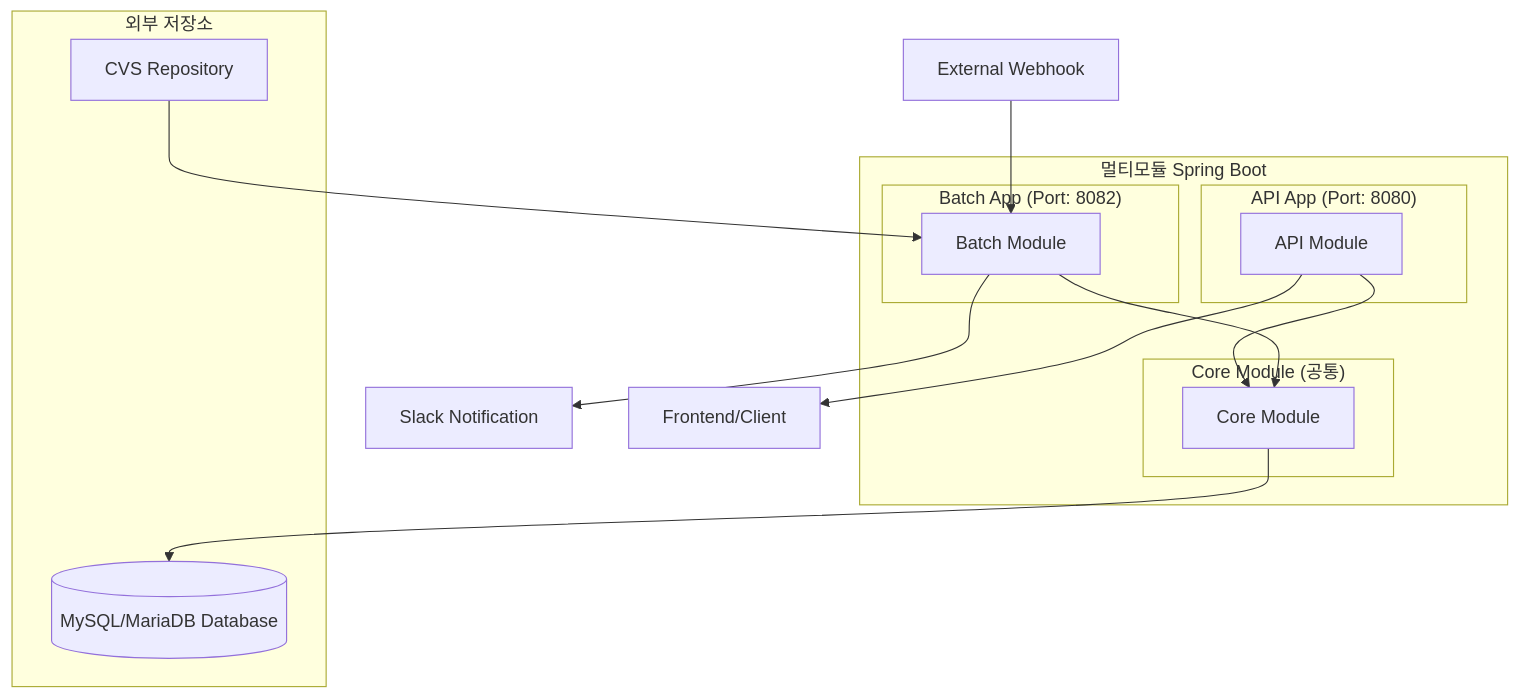
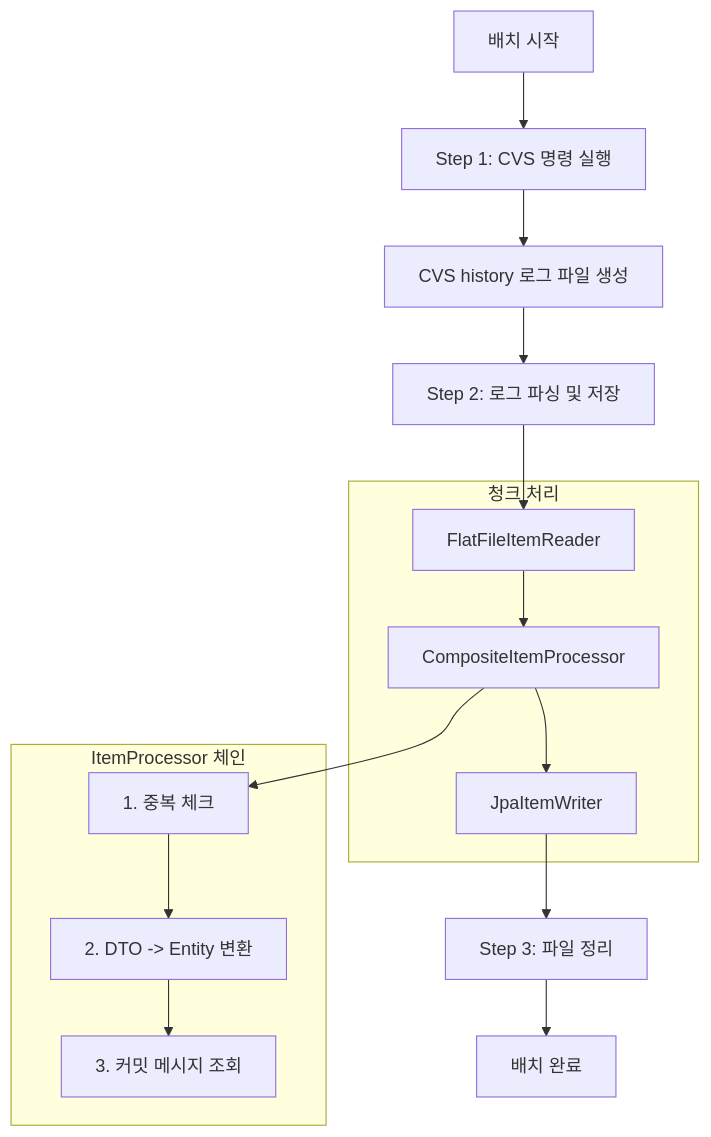
Before and after one commit to YeonsangYoon/cvslog: the second of 10 diagrams in README.md, drawn with Mermaid. The commit also changed other lines of this file, not shown here.

````diff
--- a/README.md
+++ b/README.md
@@ -38,28 +298,27 @@
 ```mermaid
-graph TD
-    subgraph "외부 저장소"
-        A[CVS Repository]
-        E[(MySQL/MariaDB Database)]
+flowchart TD
+    A[배치 시작] --> B[Step 1: CVS 명령 실행]
+    B --> C[CVS history 로그 파일 생성]
+    C --> D[Step 2: 로그 파싱 및 저장]
+    D --> E[FlatFileItemReader]
+    E --> F[CompositeItemProcessor]
+    F --> G[JpaItemWriter]
+    G --> H[Step 3: 파일 정리]
+    H --> I[배치 완료]
+    
+    F --> F1[1. 중복 체크]
+    F1 --> F2[2. DTO -> Entity 변환]
+    F2 --> F3[3. 커밋 메시지 조회]
+    
+    subgraph IP [ItemProcessor 체인]
+        F1
+        F2
+        F3
     end
-
-    subgraph "멀티모듈 Spring Boot"
-        subgraph "Batch App (Port: 8082)"
-            B[Batch Module]
-        end
-        subgraph "API App (Port: 8080)"
-            D[API Module]
-        end
-        subgraph "Core Module (공통)"
-            C[Core Module]
-        end
+    
+    subgraph CP [청크 처리]
+        E
+        F
+        G
     end
-
-    A --> B
-    B --> C
-    D --> C
-    C --> E
-
-    B --> F[Slack Notification]
-    D --> G[Frontend/Client]
-    H[External Webhook] --> B
 ```
````
